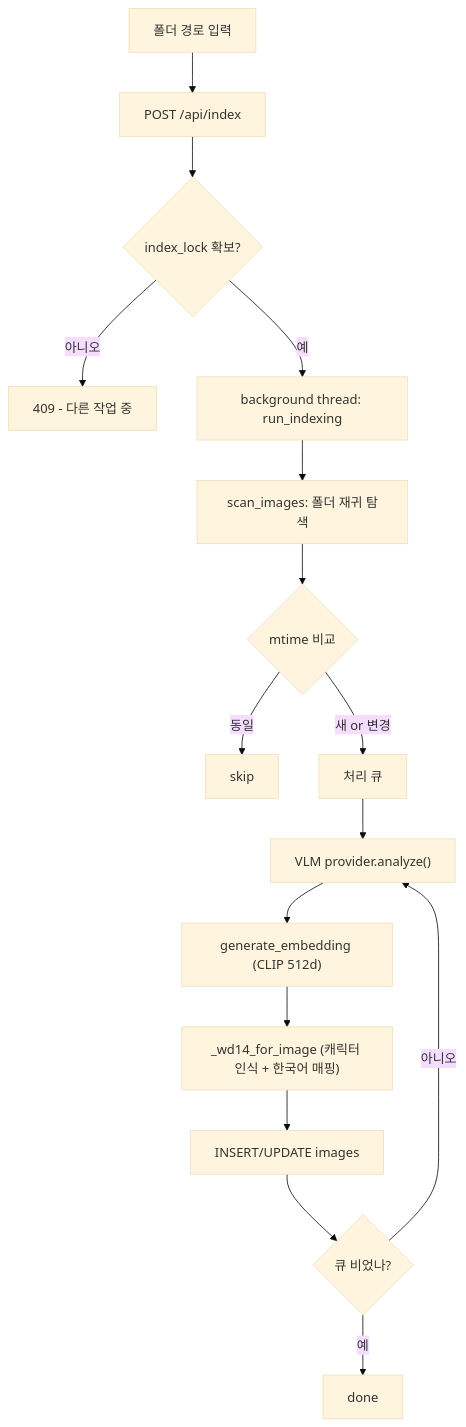
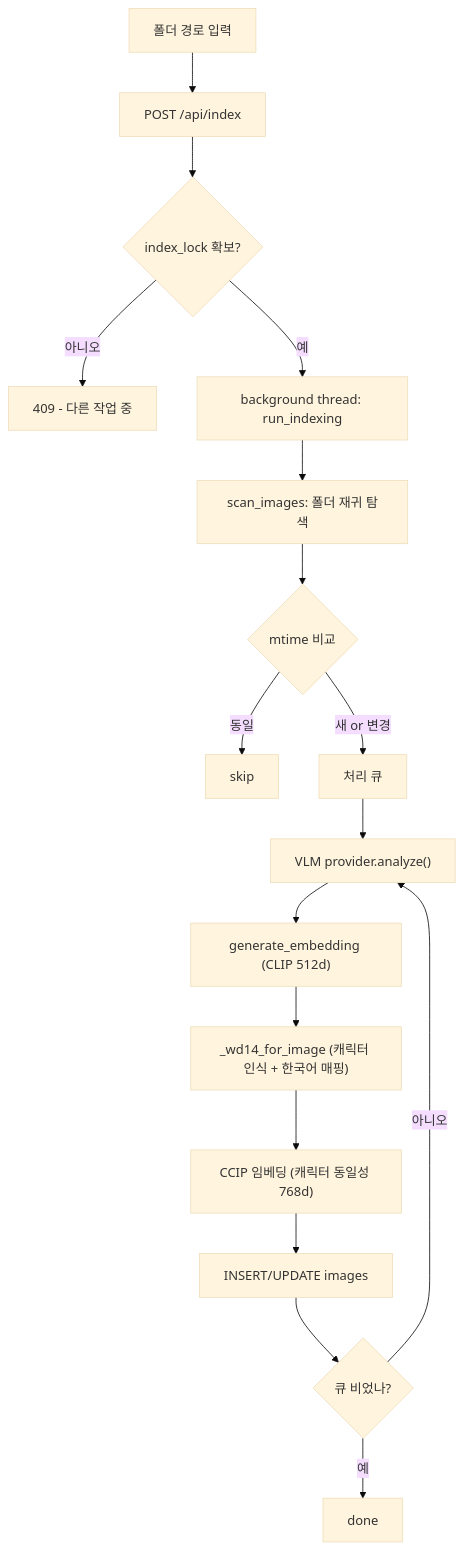
Before and after one commit to vanillapapaya/Taggu: the diagram in README.md, drawn with Mermaid (base theme). The commit also changed other lines of this file, not shown here.

First line of the commit message:
docs: 검색 원리·모델 역할 정확화 + 캐릭터 학습(CCIP) 문서화

````diff
--- a/README.md
+++ b/README.md
@@ -202,18 +208,19 @@
 ```mermaid
 flowchart TD
     A["폴더 경로 입력"] --> B["POST /api/index"]
     B --> C{"index_lock 확보?"}
     C -->|아니오| D["409 - 다른 작업 중"]
     C -->|예| E["background thread: run_indexing"]
     E --> F["scan_images: 폴더 재귀 탐색"]
     F --> G{"mtime 비교"}
     G -->|동일| H["skip"]
     G -->|새 or 변경| I["처리 큐"]
     I --> J["VLM provider.analyze()"]
     J --> K["generate_embedding (CLIP 512d)"]
     K --> L["_wd14_for_image (캐릭터 인식 + 한국어 매핑)"]
-    L --> M["INSERT/UPDATE images"]
+    L --> P["CCIP 임베딩 (캐릭터 동일성 768d)"]
+    P --> M["INSERT/UPDATE images"]
     M --> N{"큐 비었나?"}
     N -->|아니오| J
     N -->|예| O["done"]
 ```
````
